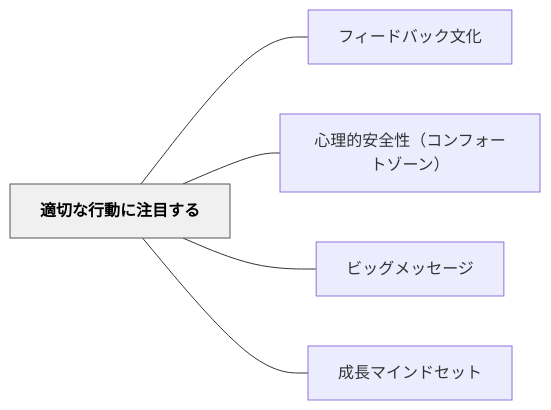
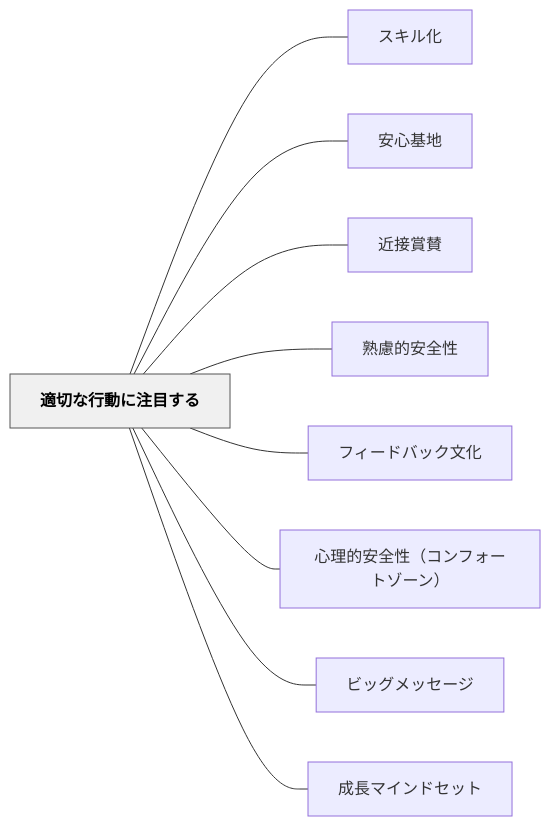
Before and after one commit to unknownthings-ed-patterns/unknownthings-ed-patterns: the diagram in content/パタン/適切な行動に注目する.md, drawn with Mermaid. The commit also changed other lines of this file and 473 other files, not shown here.

````diff
--- a/content/パタン/適切な行動に注目する.md
+++ b/content/パタン/適切な行動に注目する.md
@@ -97,16 +101,24 @@
 ```mermaid
 flowchart LR
     ne981a9e58887["適切な行動に注目する"]
+    ne382b9e382ad["スキル化"]
+    ne5ae89e5bf83["安心基地"]
+    ne8bf91e68ea5["近接賞賛"]
+    ne7869fe685ae["熟慮的安全性"]
     ne38395e382a3["フィードバック文化"]
     ne5bf83e79086["心理的安全性（コンフォートゾーン）"]
     ne38393e38383["ビッグメッセージ"]
     ne68890e995b7["成長マインドセット"]
 
+    ne981a9e58887 --- ne382b9e382ad
+    ne981a9e58887 --- ne5ae89e5bf83
+    ne981a9e58887 --- ne8bf91e68ea5
+    ne981a9e58887 --- ne7869fe685ae
     ne981a9e58887 --- ne38395e382a3
     ne981a9e58887 --- ne5bf83e79086
     ne981a9e58887 --- ne38393e38383
     ne981a9e58887 --- ne68890e995b7
 
     classDef hub fill:#f0f0f0,stroke:#555,color:#000,font-weight:bold
     class ne981a9e58887 hub
 ```
````
